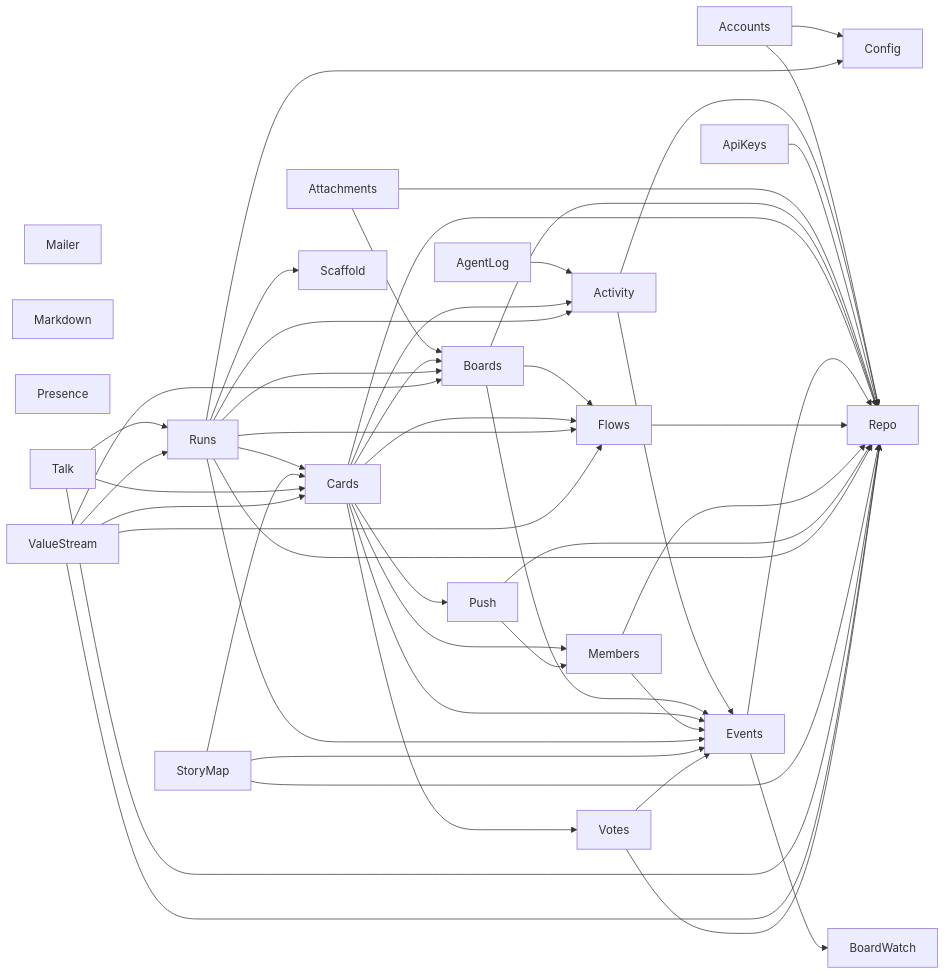
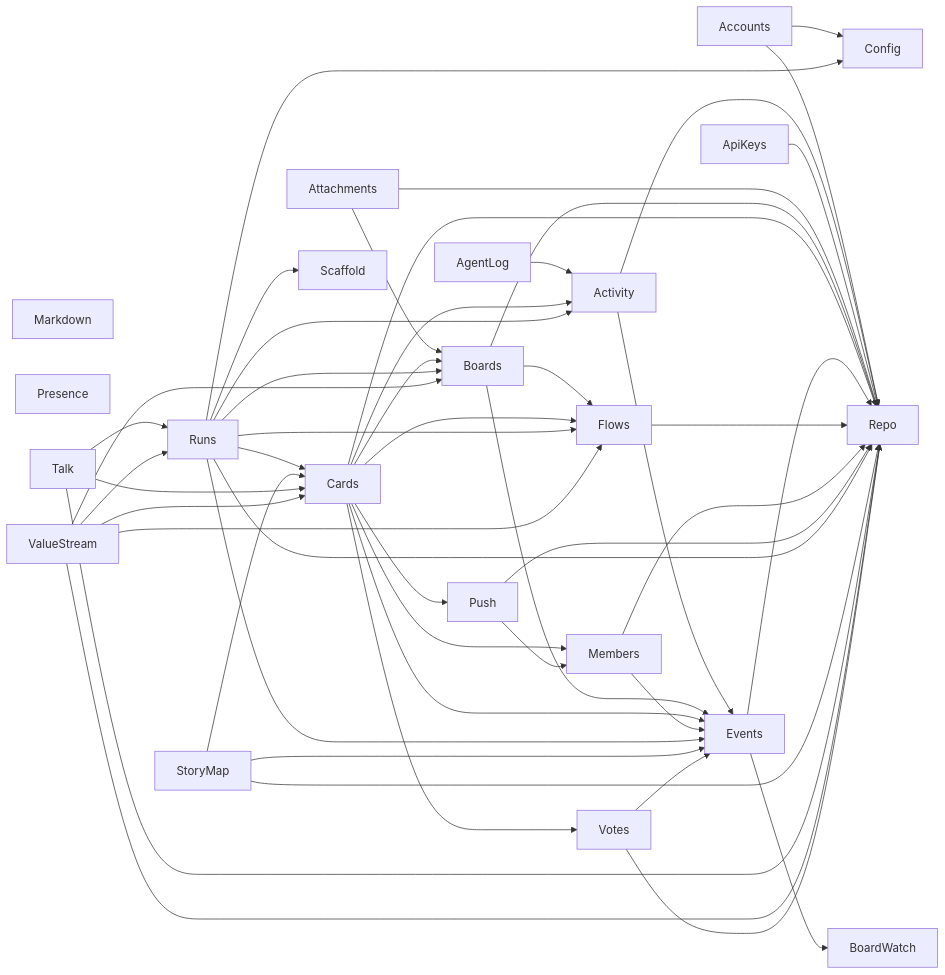
The second of 2 diagrams in docs/architecture/deps.md (jeremylightsmith/relay), drawn with Mermaid before and after one commit. The commit also changed other lines of this file and 12 other files, not shown here.

````diff
--- a/docs/architecture/deps.md
+++ b/docs/architecture/deps.md
@@ -29,53 +29,52 @@
 ```mermaid
 flowchart LR
-    Mailer
     Markdown
     Presence
     Accounts --> Config
     Accounts --> Repo
     Activity --> Events
     Activity --> Repo
     AgentLog --> Activity
     ApiKeys --> Repo
     Attachments --> Boards
     Attachments --> Repo
     Boards --> Events
     Boards --> Flows
     Boards --> Repo
     Cards --> Activity
     Cards --> Boards
     Cards --> Events
     Cards --> Flows
     Cards --> Members
     Cards --> Push
     Cards --> Repo
     Cards --> Votes
     Events --> BoardWatch
     Events --> Repo
     Flows --> Repo
     Members --> Events
     Members --> Repo
     Push --> Members
     Push --> Repo
     Runs --> Activity
     Runs --> Boards
     Runs --> Cards
     Runs --> Config
     Runs --> Events
     Runs --> Flows
     Runs --> Repo
     Runs --> Scaffold
     StoryMap --> Cards
     StoryMap --> Events
     StoryMap --> Repo
     Talk --> Cards
     Talk --> Repo
     Talk --> Runs
     ValueStream --> Boards
     ValueStream --> Cards
     ValueStream --> Flows
     ValueStream --> Repo
     ValueStream --> Runs
     Votes --> Events
     Votes --> Repo
 ```
````
